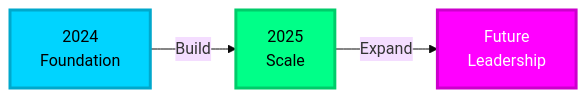
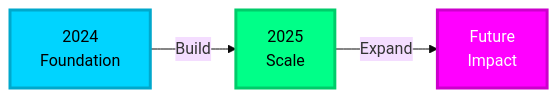
Before and after one commit to dojicreates/dojicreates: the second of 3 diagrams in README.md, drawn with Mermaid (base theme). The commit also changed other lines of this file, not shown here.

````diff
--- a/README.md
+++ b/README.md
@@ -329,9 +334,9 @@
 ```mermaid
 graph LR
     A[2024<br/>Foundation] -->|Build| B[2025<br/>Scale]
-    B -->|Expand| C[Future<br/>Leadership]
+    B -->|Expand| C[Future<br/>Impact]
     
     style A fill:#00d4ff,stroke:#00a8cc,stroke-width:3px,color:#000
     style B fill:#00ff88,stroke:#00cc6a,stroke-width:3px,color:#000
     style C fill:#ff00ff,stroke:#cc00cc,stroke-width:3px,color:#fff
 ```
````
